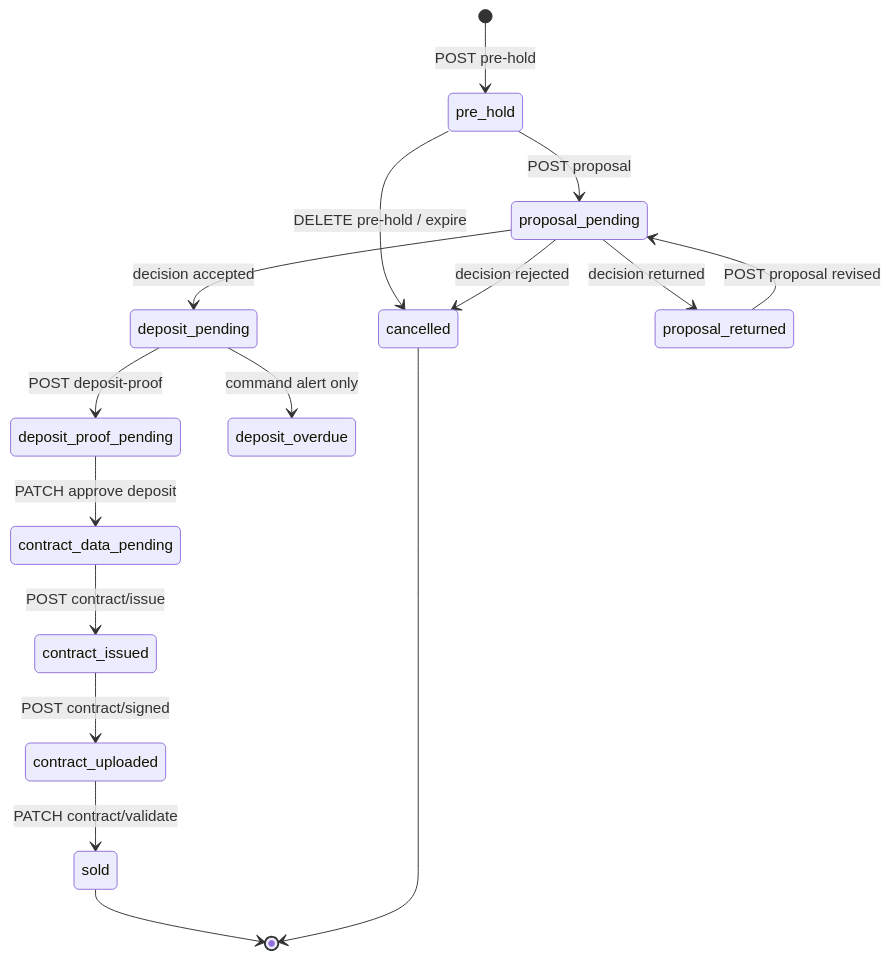
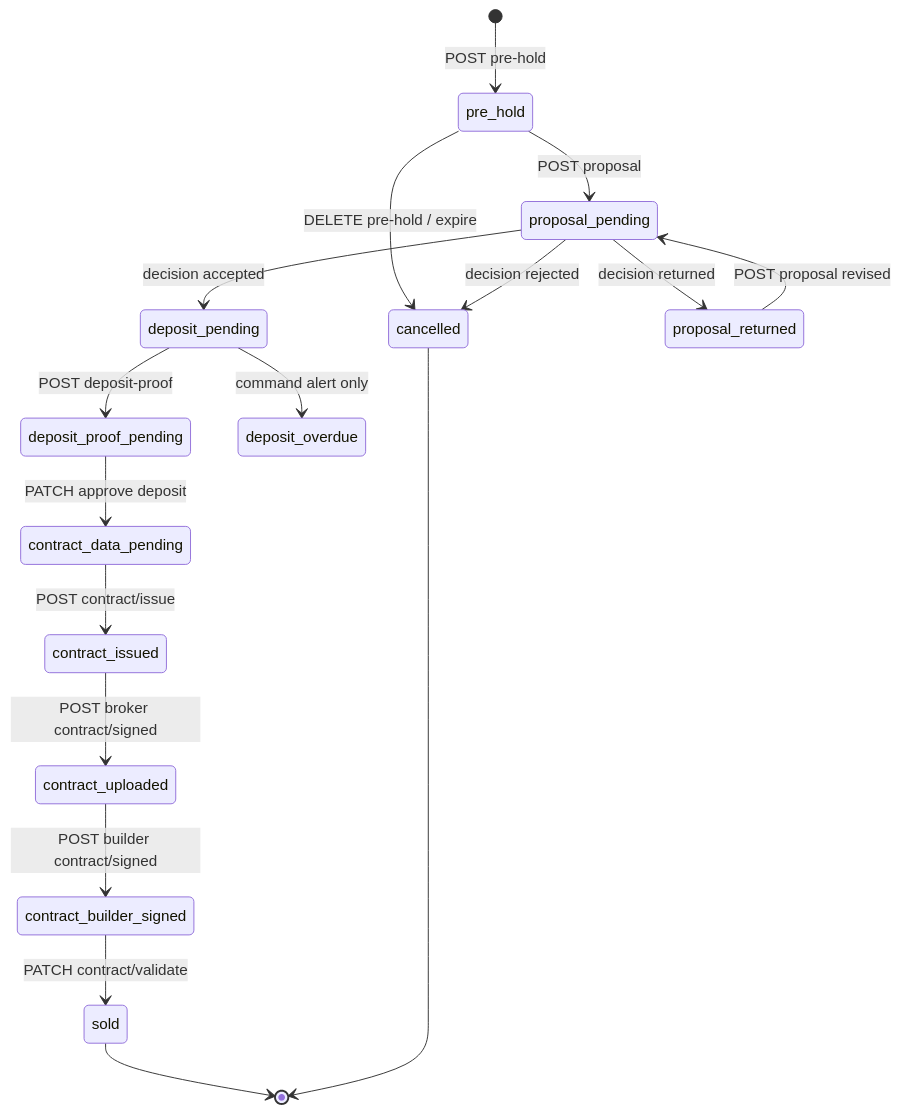
The second of 2 diagrams in .specs/features/reservation-timeline/design.md (laerciocrestani/oportalimobiliario), drawn with Mermaid before and after one commit. The commit also changed other lines of this file and 49 other files, not shown here.

First line of the commit message:
feat(reservation-timeline): split buyer and builder contract signatures

````diff
--- a/.specs/features/reservation-timeline/design.md
+++ b/.specs/features/reservation-timeline/design.md
@@ -31,23 +31,24 @@
 ```mermaid
 stateDiagram-v2
     direction TB
 
     [*] --> pre_hold: POST pre-hold
     pre_hold --> proposal_pending: POST proposal
     pre_hold --> cancelled: DELETE pre-hold / expire
 
     proposal_pending --> deposit_pending: decision accepted
     proposal_pending --> cancelled: decision rejected
     proposal_pending --> proposal_returned: decision returned
     proposal_returned --> proposal_pending: POST proposal revised
 
     deposit_pending --> deposit_proof_pending: POST deposit-proof
     deposit_proof_pending --> contract_data_pending: PATCH approve deposit
     contract_data_pending --> contract_issued: POST contract/issue
-    contract_issued --> contract_uploaded: POST contract/signed
-    contract_uploaded --> sold: PATCH contract/validate
+    contract_issued --> contract_uploaded: POST broker contract/signed
+    contract_uploaded --> contract_builder_signed: POST builder contract/signed
+    contract_builder_signed --> sold: PATCH contract/validate
 
     deposit_pending --> deposit_overdue: command alert only
     sold --> [*]
     cancelled --> [*]
 ```
````
